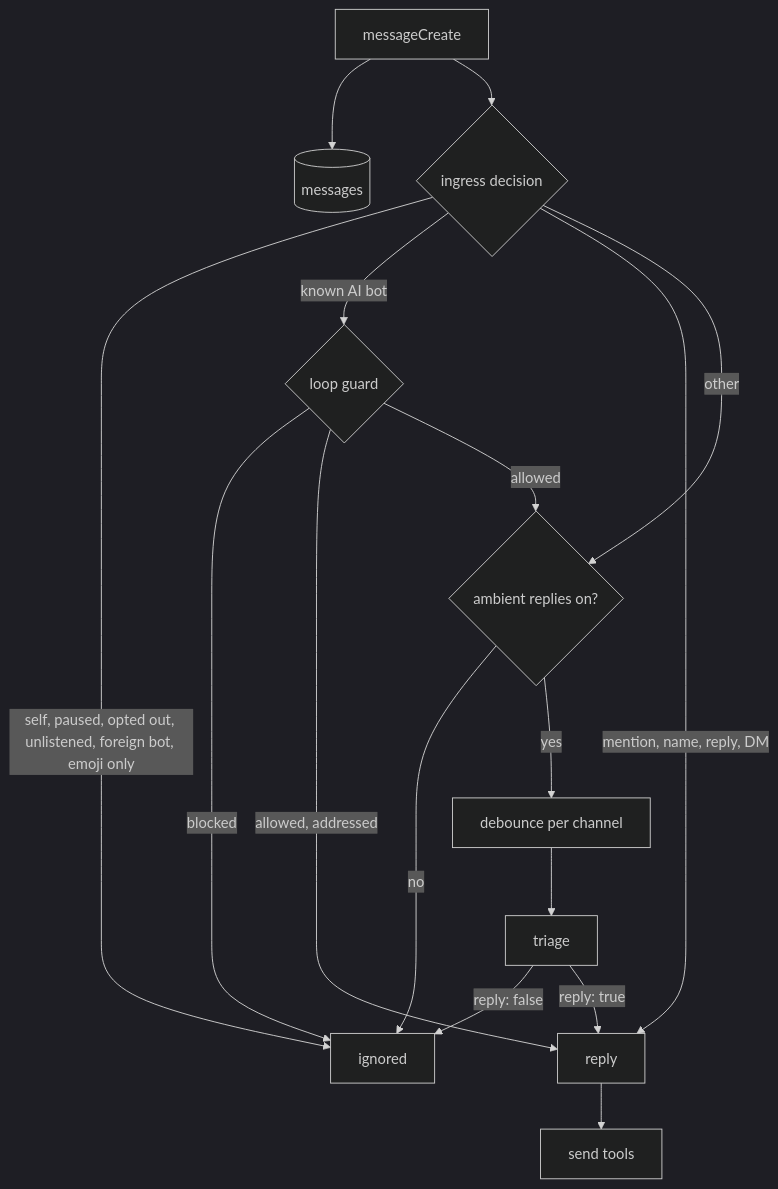
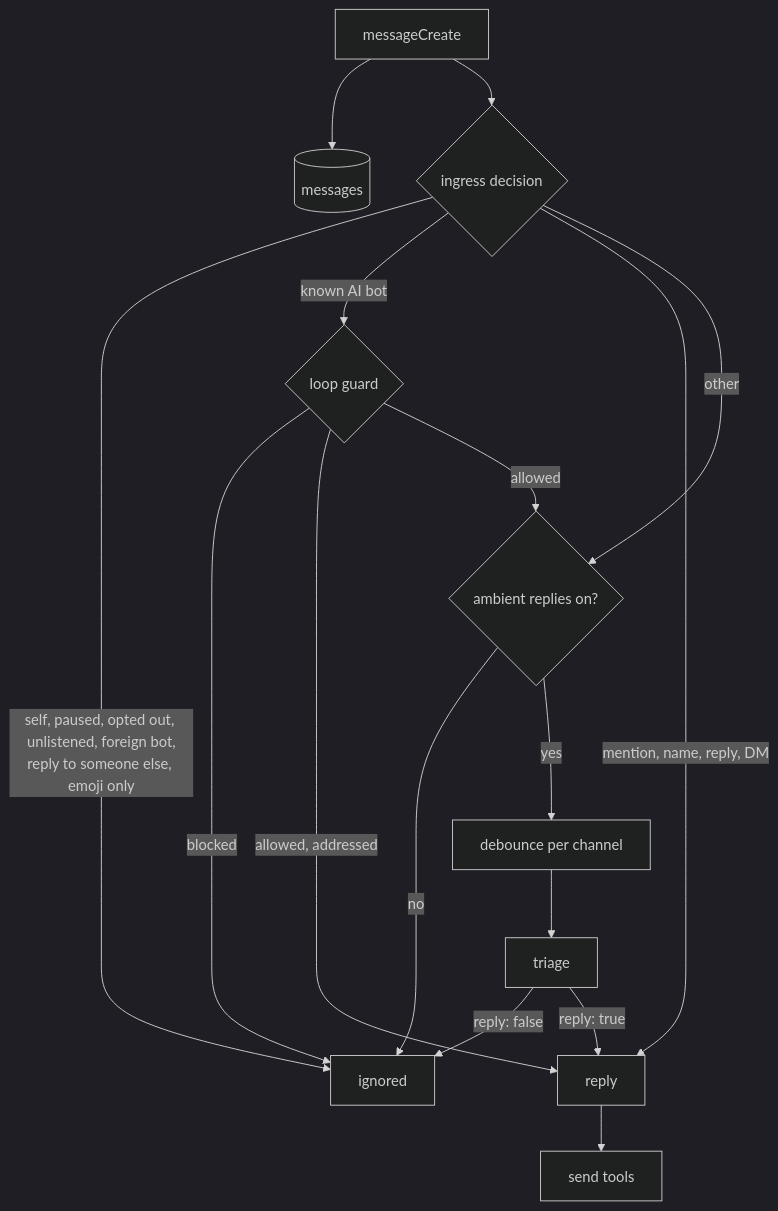
The second of 2 diagrams in docs/ARCHITECTURE.md (LeoBdt/ARCHIVE-9), drawn with Mermaid (dark theme) before and after one commit. The commit also changed other lines of this file and 13 other files, not shown here.

````diff
--- a/docs/ARCHITECTURE.md
+++ b/docs/ARCHITECTURE.md
@@ -46,18 +46,18 @@
 ```mermaid
 flowchart TD
   M[messageCreate] --> S[(messages)]
   M --> F{ingress decision}
-  F -->|self, paused, opted out, unlistened, foreign bot, emoji only| X[ignored]
+  F -->|self, paused, opted out, unlistened, foreign bot,<br/>reply to someone else, emoji only| X[ignored]
   F -->|known AI bot| L{loop guard}
   L -->|blocked| X
   L -->|allowed, addressed| R
   L -->|allowed| O
   F -->|mention, name, reply, DM| R
   F -->|other| O{ambient replies on?}
   O -->|no| X
   O -->|yes| DB[debounce per channel]
   DB --> T[triage]
   T -->|reply: false| X
   T -->|reply: true| R[reply]
   R --> OUT[send tools]
 ```
````
